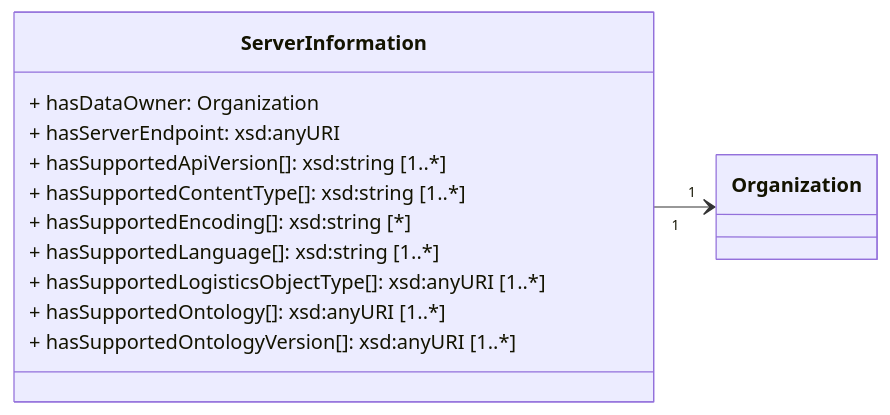
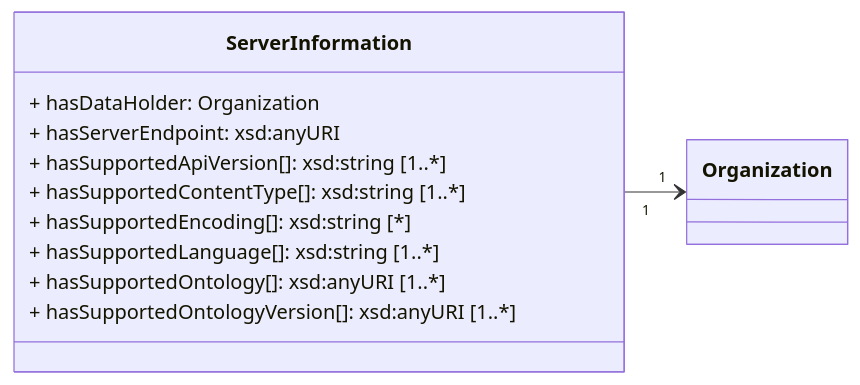
Before and after one commit to IATA-Cargo/ONE-Record: the diagram in working_draft/API/docs/server-information.md, drawn with Mermaid. The commit also changed other lines of this file and 41 other files, not shown here.

````diff
--- a/working_draft/API/docs/server-information.md
+++ b/working_draft/API/docs/server-information.md
@@ -44,20 +9,19 @@
 ```mermaid
 classDiagram   
     direction LR   
 
     class Organization{        
     }  
 
     class ServerInformation{
-        + hasDataOwner: Organization                
+        + hasDataHolder: Organization                
         + hasServerEndpoint: xsd:anyURI        
         + hasSupportedApiVersion[]: xsd:string [1..*]
         + hasSupportedContentType[]: xsd:string [1..*]        
         + hasSupportedEncoding[]: xsd:string [*]
         + hasSupportedLanguage[]: xsd:string [1..*]
-        + hasSupportedLogisticsObjectType[]: xsd:anyURI [1..*]
         + hasSupportedOntology[]: xsd:anyURI [1..*]
         + hasSupportedOntologyVersion[]: xsd:anyURI [1..*]
     }        
     ServerInformation "1" --> "1" Organization
 ```
````
